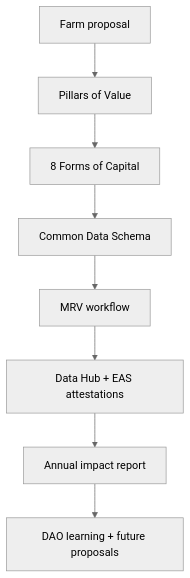
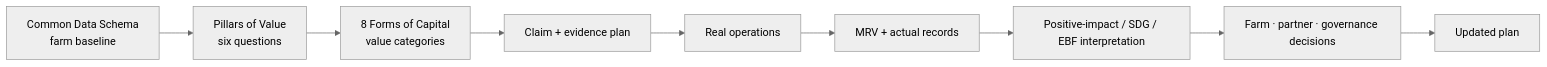
Before and after one commit to wasalo/Kokonut-Public-Site: the first of 3 diagrams in kokonut-framework/framework-components/framework-features/8-forms-of-capital.mdx, drawn with Mermaid (neutral theme). The commit also changed other lines of this file, not shown here.

Commit message:
docs(kokonut-framework): improve 8 forms of capital

````diff
--- a/kokonut-framework/framework-components/framework-features/8-forms-of-capital.mdx
+++ b/kokonut-framework/framework-components/framework-features/8-forms-of-capital.mdx
@@ -49,10 +101,11 @@
 ```mermaid
-flowchart TD
-    A["Farm proposal"] --> B["Pillars of Value"]
-    B --> C["8 Forms of Capital"]
-    C --> D["Common Data Schema"]
-    D --> E["MRV workflow"]
-    E --> F["Data Hub + EAS attestations"]
-    F --> G["Annual impact report"]
-    G --> H["DAO learning + future proposals"]
+flowchart LR
+    A["Common Data Schema<br/>farm baseline"] --> B["Pillars of Value<br/>six questions"]
+    B --> C["8 Forms of Capital<br/>value categories"]
+    C --> D["Claim + evidence plan"]
+    D --> E["Real operations"]
+    E --> F["MRV + actual records"]
+    F --> G["Positive-impact / SDG / EBF interpretation"]
+    G --> H["Farm · partner · governance decisions"]
+    H --> I["Updated plan"]
 ```
````
